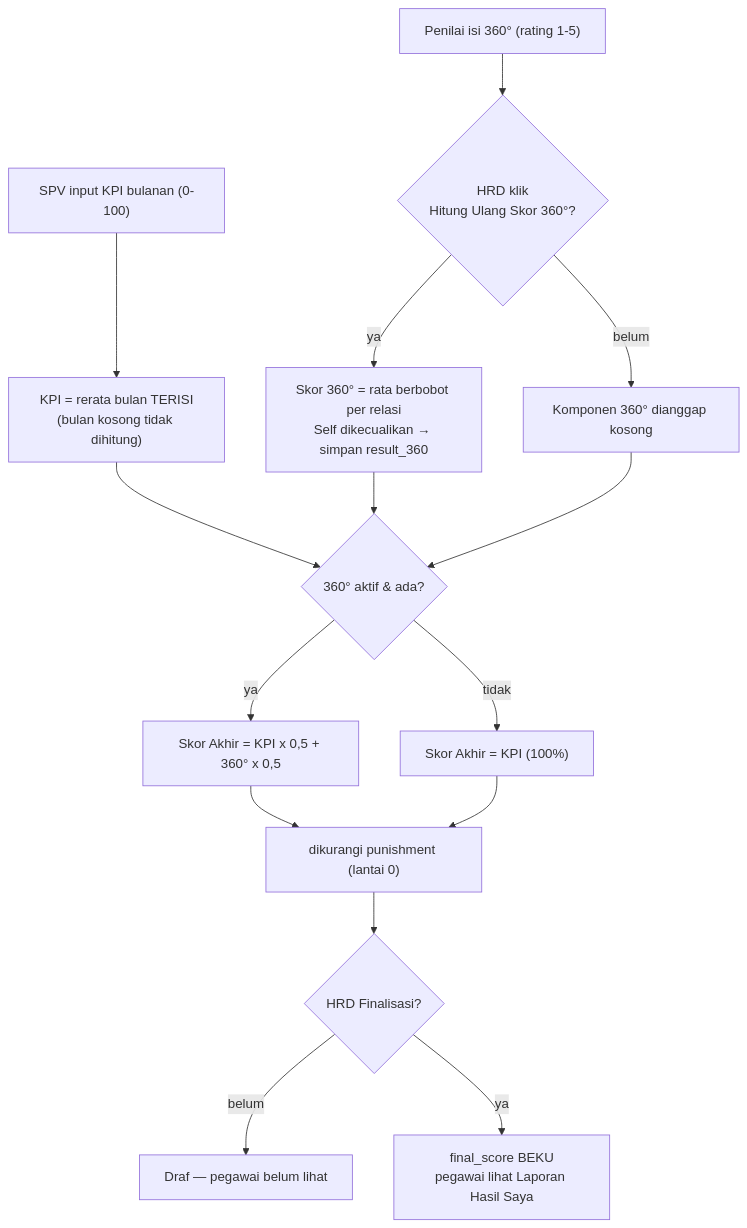
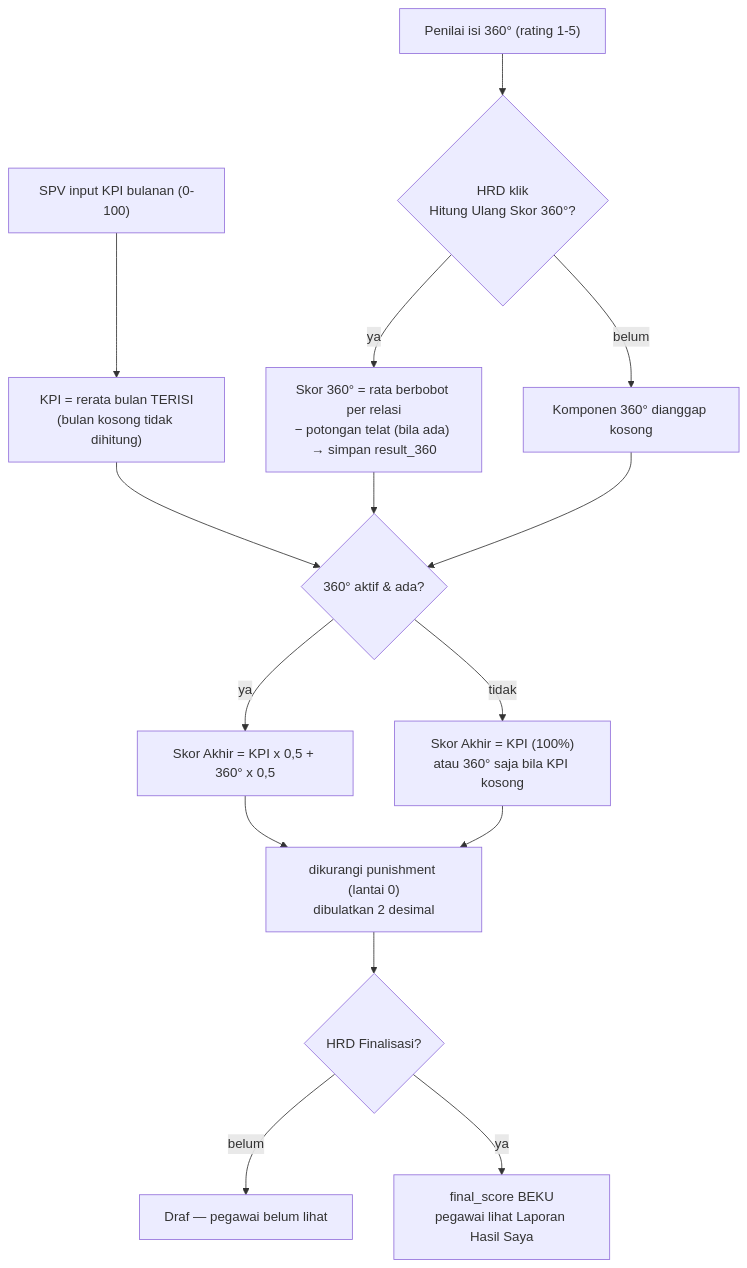
Before and after one commit to infarmcorp/infarm-360: the third of 6 diagrams in docs/panduan/CARA-PENGGUNAAN.md, drawn with Mermaid. The commit also changed other lines of this file and 23 other files, not shown here.

````diff
--- a/docs/panduan/CARA-PENGGUNAAN.md
+++ b/docs/panduan/CARA-PENGGUNAAN.md
@@ -887,17 +1048,17 @@
 ```mermaid
 flowchart TD
     A["SPV input KPI bulanan (0-100)"] --> B["KPI = rerata bulan TERISI<br/>(bulan kosong tidak dihitung)"]
     C["Penilai isi 360° (rating 1-5)"] --> D{"HRD klik<br/>Hitung Ulang Skor 360°?"}
     D -- "belum" --> D0["Komponen 360° dianggap kosong"]
-    D -- "ya" --> E["Skor 360° = rata berbobot per relasi<br/>Self dikecualikan → simpan result_360"]
+    D -- "ya" --> E["Skor 360° = rata berbobot per relasi<br/>− potongan telat (bila ada) → simpan result_360"]
     B --> F{"360° aktif & ada?"}
     E --> F
     D0 --> F
     F -- "ya" --> G["Skor Akhir = KPI x 0,5 + 360° x 0,5"]
-    F -- "tidak" --> H["Skor Akhir = KPI (100%)"]
-    G --> I["dikurangi punishment (lantai 0)"]
+    F -- "tidak" --> H["Skor Akhir = KPI (100%)<br/>atau 360° saja bila KPI kosong"]
+    G --> I["dikurangi punishment (lantai 0)<br/>dibulatkan 2 desimal"]
     H --> I
     I --> J{"HRD Finalisasi?"}
     J -- "belum" --> L["Draf — pegawai belum lihat"]
     J -- "ya" --> K["final_score BEKU<br/>pegawai lihat Laporan Hasil Saya"]
 ```
````
